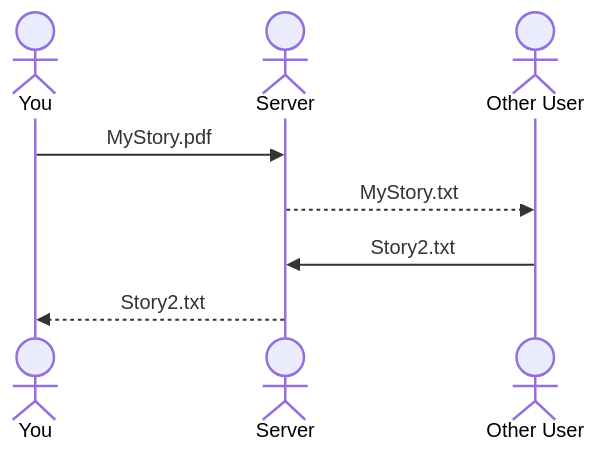
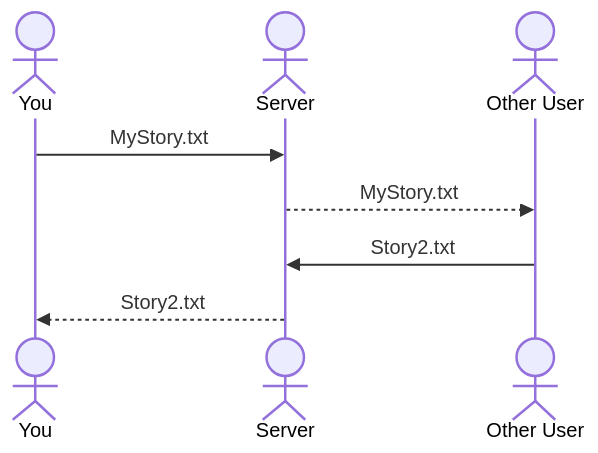
One commit to ETMORTY/startup changed the diagram in README.md. Above: the diagram before and after it, drawn with Mermaid. The commit also changed other lines of this file, not shown here.

````diff
--- a/README.md
+++ b/README.md
@@ -37,10 +37,10 @@
 ```mermaid
 sequenceDiagram
     actor You
     actor Server
     actor Other User
-    You->>Server: MyStory.pdf
+    You->>Server: MyStory.txt
     Server-->>Other User: MyStory.txt
     Other User->>Server: Story2.txt
     Server-->>You: Story2.txt
 ```
````
